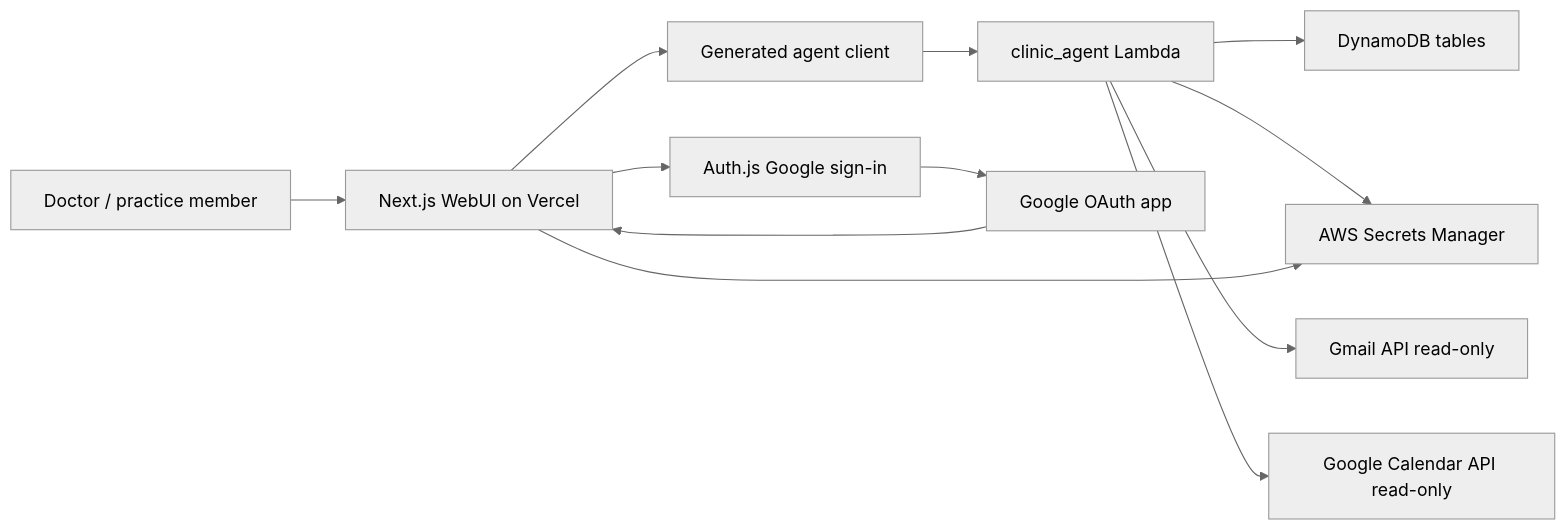
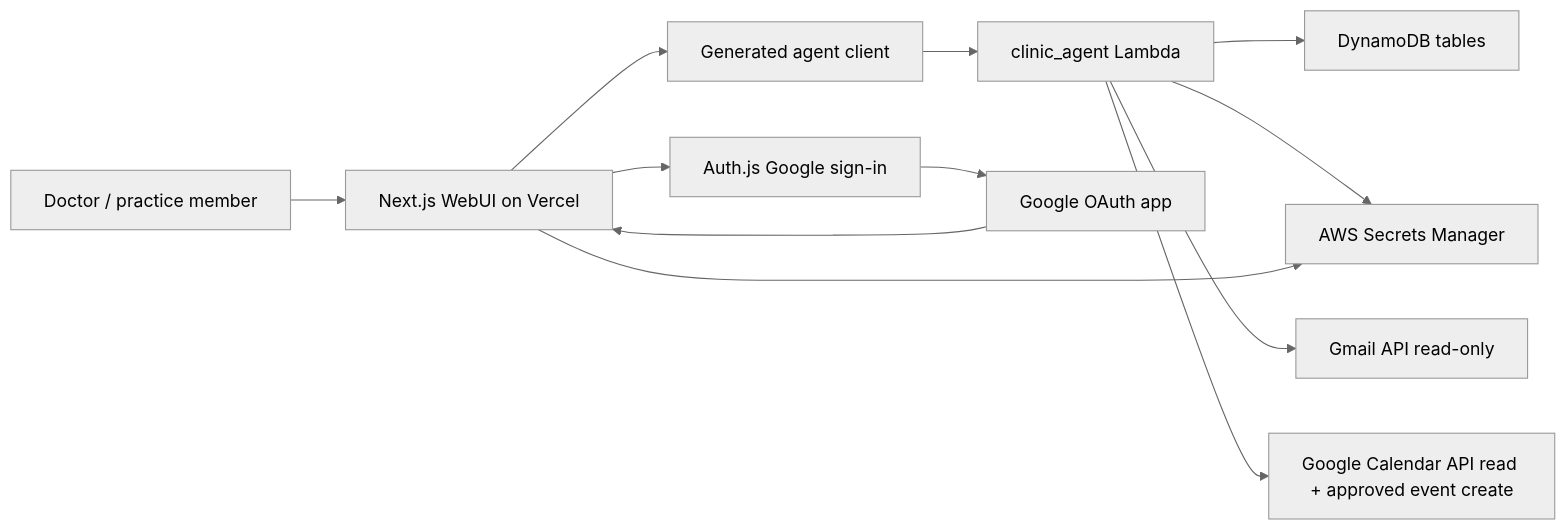
One commit to suhanisho/infiapp changed the first of 5 diagrams in docs/high-level-design.md. Above: the diagram before and after it, drawn with Mermaid (neutral theme). The commit also changed other lines of this file and 13 other files, not shown here.

````diff
--- a/docs/high-level-design.md
+++ b/docs/high-level-design.md
@@ -46,15 +51,15 @@
 ```mermaid
 flowchart LR
     User["Doctor / practice member"] --> Web["Next.js WebUI on Vercel"]
     Web --> Auth["Auth.js Google sign-in"]
     Web --> Bridge["Generated agent client"]
     Bridge --> Lambda["clinic_agent Lambda"]
     Lambda --> DB["DynamoDB tables"]
     Lambda --> Secrets["AWS Secrets Manager"]
     Lambda --> Gmail["Gmail API read-only"]
-    Lambda --> Calendar["Google Calendar API read-only"]
+    Lambda --> Calendar["Google Calendar API read + approved event create"]
 
     Auth --> GoogleOAuth["Google OAuth app"]
     GoogleOAuth --> Web
     Web --> Secrets
 ```
````
